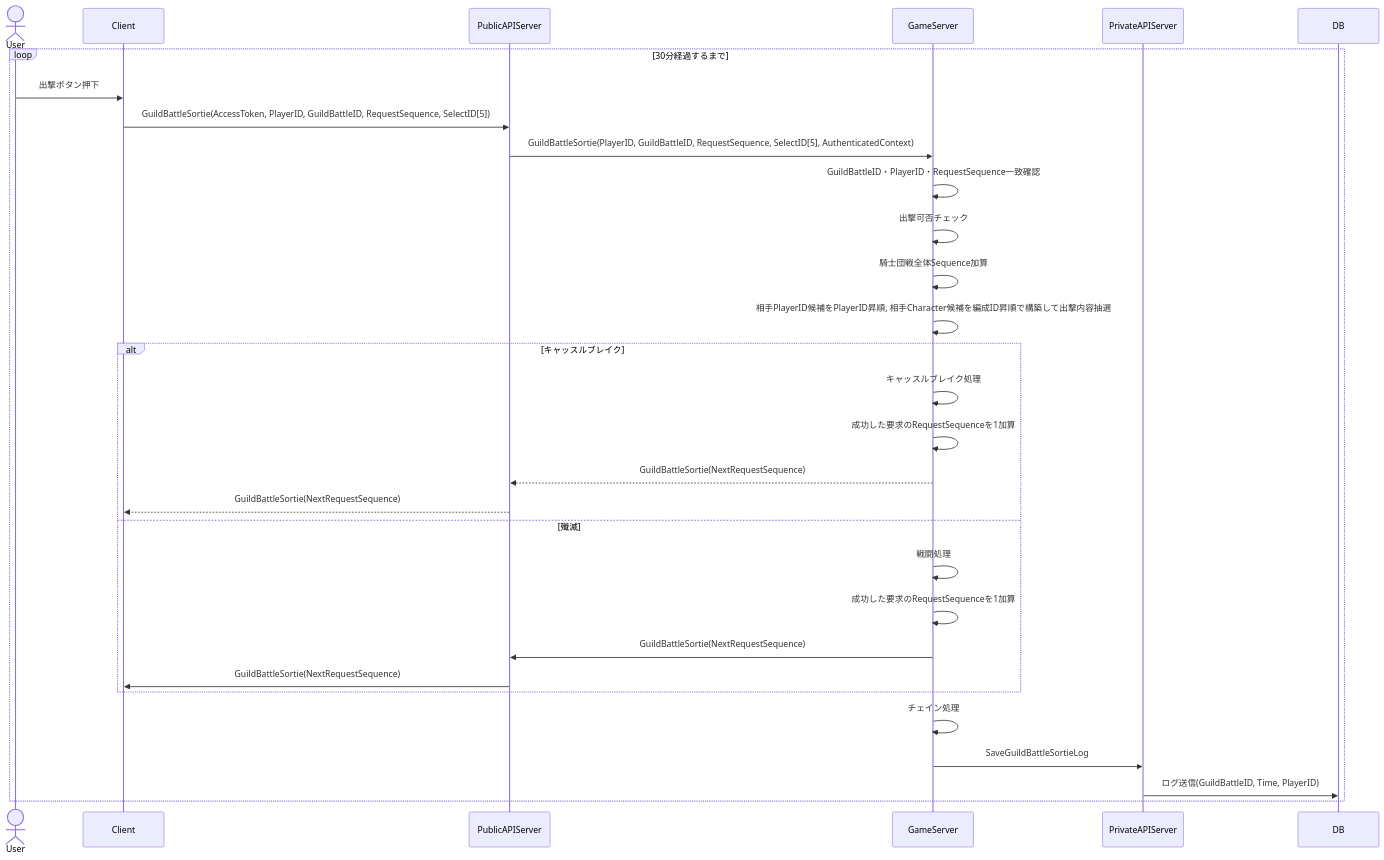
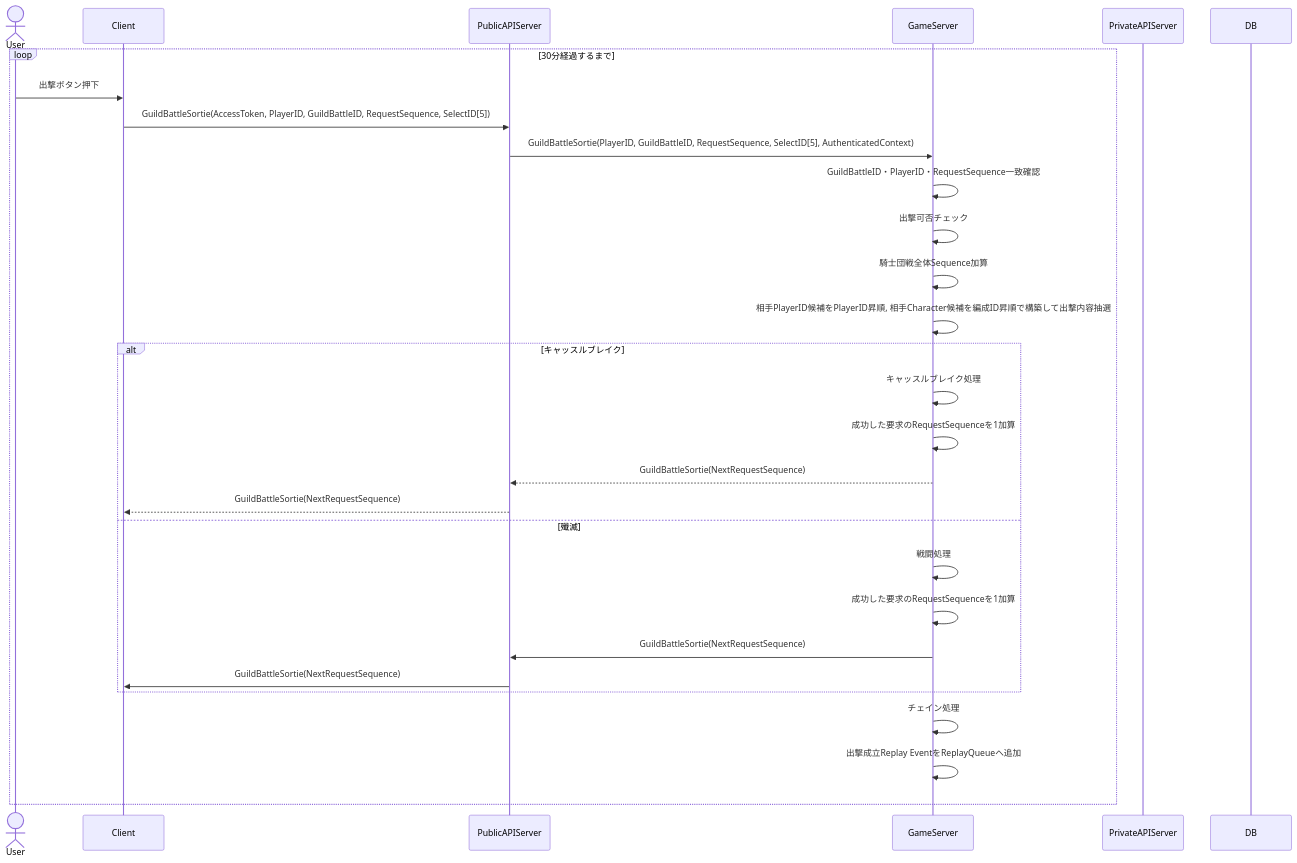
One commit to ReHydrangeaOdyssey/Specifications changed the seventh of 16 diagrams in design/guild_battle.md. Above: the diagram before and after it, drawn with Mermaid. The commit also changed other lines of this file and 5 other files, not shown here.

````diff
--- a/design/guild_battle.md
+++ b/design/guild_battle.md
@@ -301,36 +300,35 @@
 ```mermaid
 sequenceDiagram
     actor User
     participant Client
     participant PublicAPIServer
     participant GameServer
     participant PrivateAPIServer
     participant DB
 
     loop 30分経過するまで
         User ->> Client: 出撃ボタン押下
         Client ->> PublicAPIServer: GuildBattleSortie(AccessToken, PlayerID, GuildBattleID, RequestSequence, SelectID[5])
         PublicAPIServer ->> GameServer: GuildBattleSortie(PlayerID, GuildBattleID, RequestSequence, SelectID[5], AuthenticatedContext)
         GameServer ->> GameServer: GuildBattleID・PlayerID・RequestSequence一致確認
         GameServer ->> GameServer: 出撃可否チェック
         GameServer ->> GameServer: 騎士団戦全体Sequence加算
         GameServer ->> GameServer: 相手PlayerID候補をPlayerID昇順, 相手Character候補を編成ID昇順で構築して出撃内容抽選
 
         alt キャッスルブレイク
             GameServer ->> GameServer: キャッスルブレイク処理
             GameServer->>GameServer: 成功した要求のRequestSequenceを1加算
             GameServer -->> PublicAPIServer: GuildBattleSortie(NextRequestSequence)
             PublicAPIServer -->> Client: GuildBattleSortie(NextRequestSequence)
         else 殲滅
             GameServer ->> GameServer: 戦闘処理
             GameServer->>GameServer: 成功した要求のRequestSequenceを1加算
             GameServer ->> PublicAPIServer: GuildBattleSortie(NextRequestSequence)
             PublicAPIServer ->> Client: GuildBattleSortie(NextRequestSequence)
         end
 
         GameServer ->> GameServer: チェイン処理
 
-        GameServer ->> PrivateAPIServer: SaveGuildBattleSortieLog
-        PrivateAPIServer ->> DB: ログ送信(GuildBattleID, Time, PlayerID)
+        GameServer ->> GameServer: 出撃成立Replay EventをReplayQueueへ追加
     end
 ```
````
